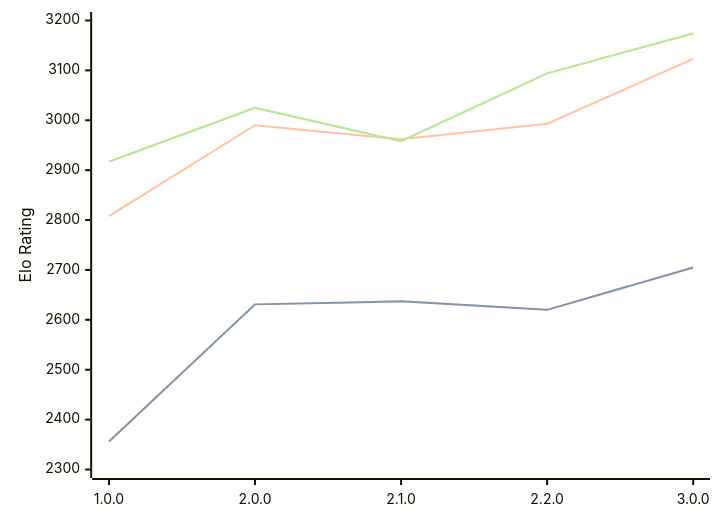
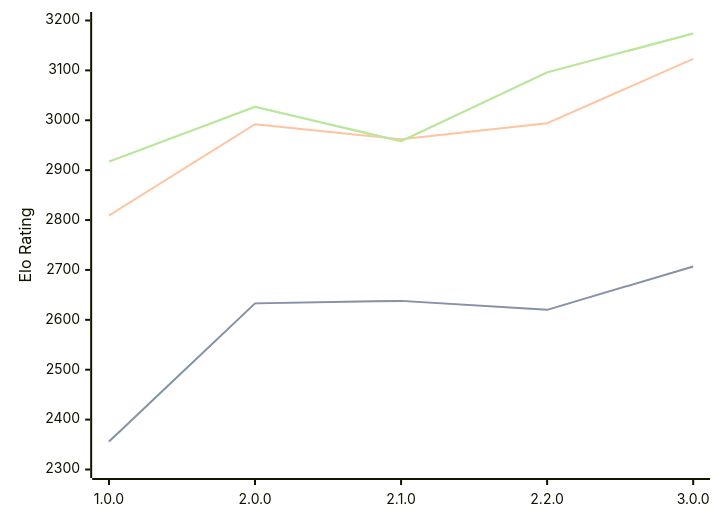
One commit to computer-chess-index/cci changed the diagram in engines/Catalyst.md. Above: the diagram before and after it, drawn with Mermaid. The commit also changed other lines of this file, not shown here.

Commit message:
Update CCI Ratings (ELO VLTC) - 2026-05-01

````diff
--- a/engines/Catalyst.md
+++ b/engines/Catalyst.md
@@ -35,11 +35,11 @@
 ```mermaid
 %%{init: {"theme":"base","themeVariables":{"seriesColors:['#a3a3a3','#222221','#faa371']}}}%%
 xychart-beta
   x-axis ["1.0.0", "2.0.0", "2.1.0", "2.2.0", "3.0.0"]
   y-axis "Elo Rating" 2300 --> 3200
-  line "STC (8.0+0.08s)" [2356, 2631, 2637, 2620, 2705]
-  line "STC (8.0+0.08s)" [2356, 2631, 2637, 2620, 2705]
-  line "LTC (60.0+0.60s)" [2808, 2990, 2962, 2993, 3123]
-  line "VLTC (2m24s+1.12s)" [2917, 3025, 2958, 3094, 3174]
-  line "VLTC (2m24s+1.12s)" [2917, 3025, 2958, 3094, 3174]
+  line "STC (8.0+0.08s)" [2356, 2633, 2638, 2620, 2707]
+  line "STC (8.0+0.08s)" [2356, 2633, 2638, 2620, 2707]
+  line "LTC (60.0+0.60s)" [2809, 2992, 2962, 2994, 3123]
+  line "VLTC (2m24s+1.12s)" [2917, 3027, 2958, 3096, 3174]
+  line "VLTC (2m24s+1.12s)" [2917, 3027, 2958, 3096, 3174]
 ```
````
